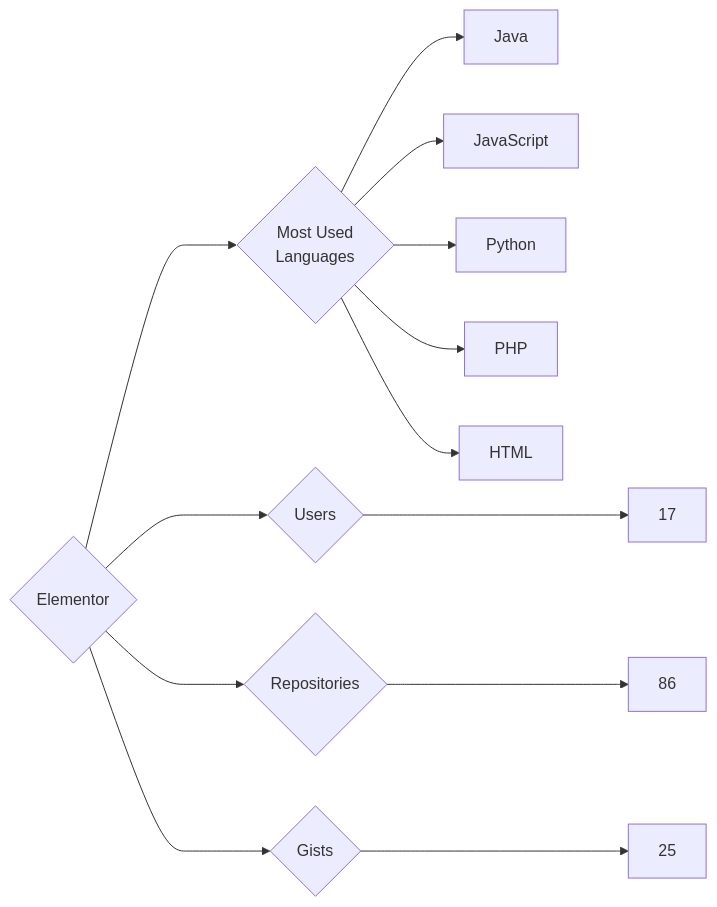
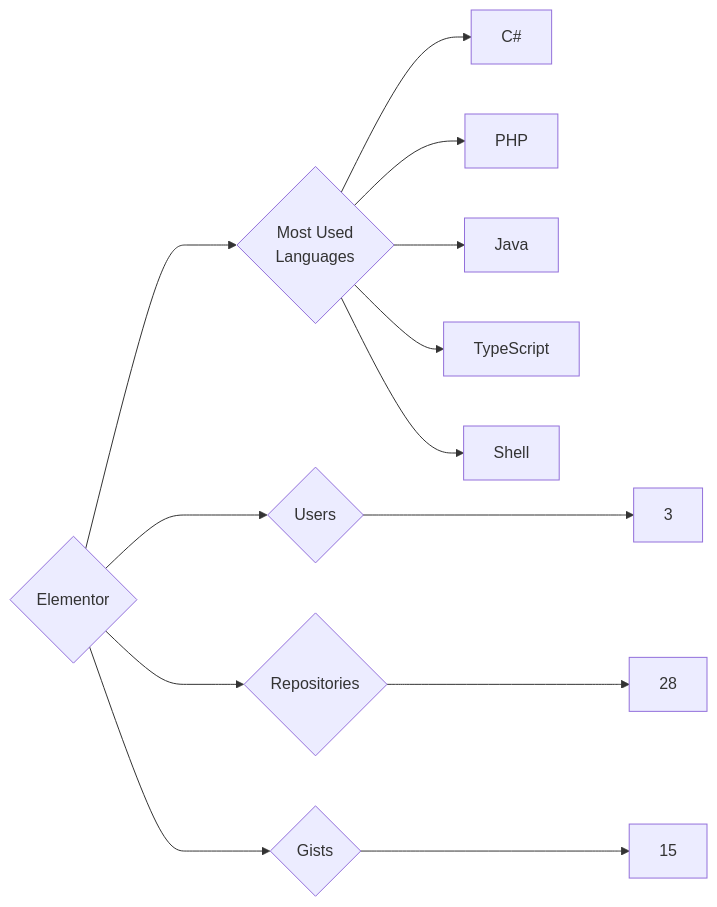
Before and after one commit to trickest/insiders: the diagram in targets/Elementor/README.md, drawn with Mermaid. The commit also changed 895 other files, not shown here.

````diff
--- a/targets/Elementor/README.md
+++ b/targets/Elementor/README.md
@@ -3,13 +3,13 @@
 ```mermaid
 graph LR
 COMPANY_NAME{Elementor}
-COMPANY_NAME ---> U{Users} ---> UN[17]
-COMPANY_NAME ---> R{Repositories} ---> RN[86]
-COMPANY_NAME ---> G{Gists} ---> GN[25]
+COMPANY_NAME ---> U{Users} ---> UN[3]
+COMPANY_NAME ---> R{Repositories} ---> RN[28]
+COMPANY_NAME ---> G{Gists} ---> GN[15]
 COMPANY_NAME ---> ML{Most Used<br>Languages}
+ML --> C#[C#]
+ML --> PHP[PHP]
 ML --> Java[Java]
-ML --> JavaScript[JavaScript]
-ML --> Python[Python]
-ML --> PHP[PHP]
-ML --> HTML[HTML]
+ML --> TypeScript[TypeScript]
+ML --> Shell[Shell]
 ```
````
